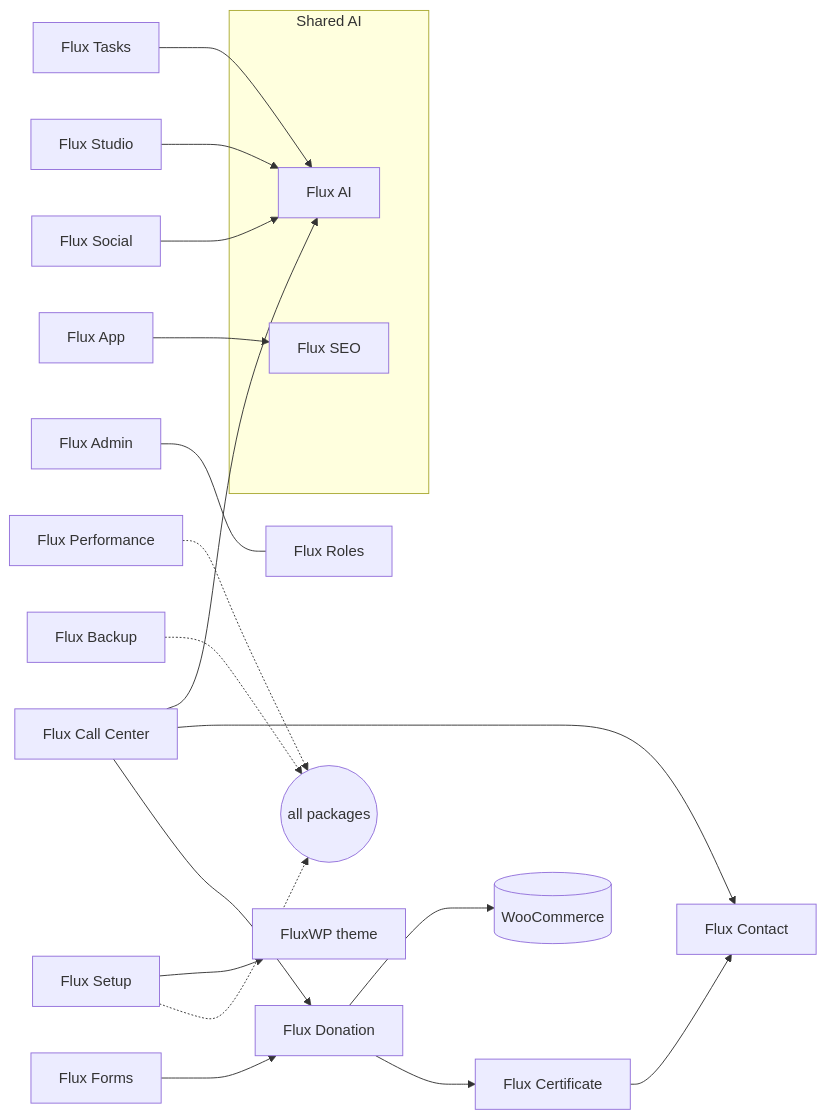
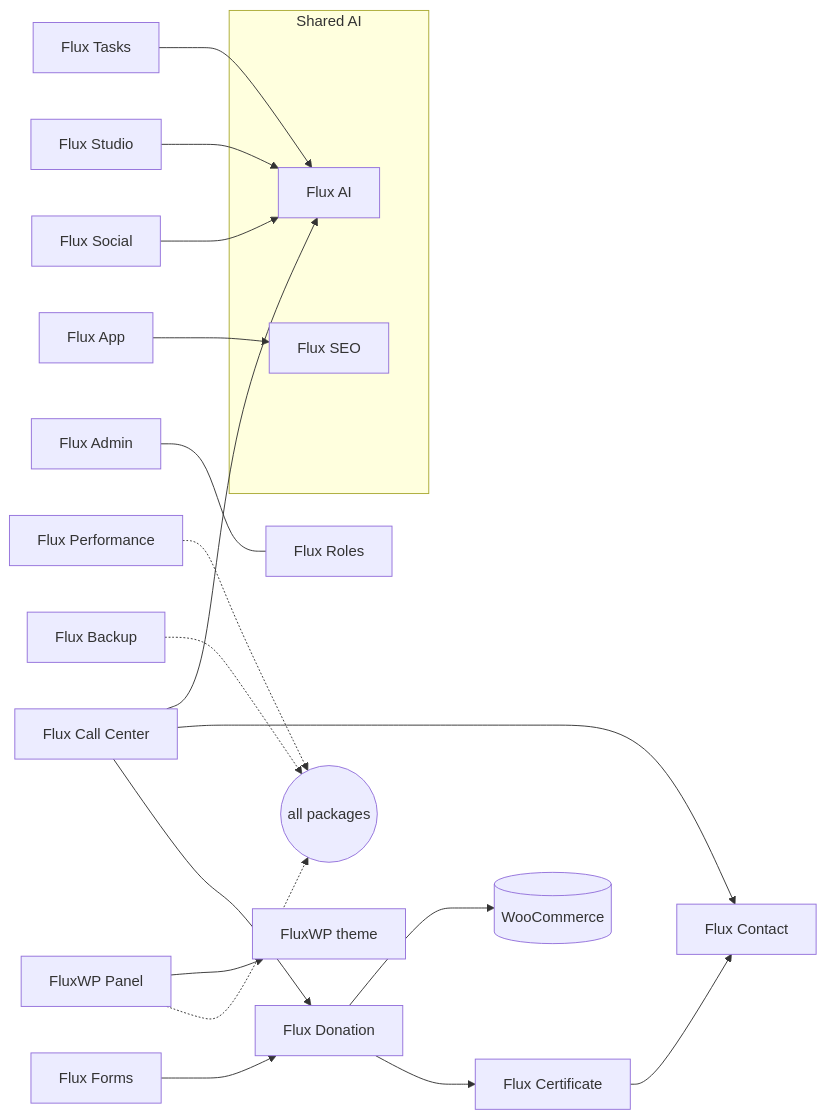
Before and after one commit to FluxWP/FluxWP: the diagram in README.md, drawn with Mermaid. The commit also changed other lines of this file and 57 other files, not shown here.

First line of the commit message:
flx-setup 1.0.6: rename display name to FluxWP Panel

````diff
--- a/README.md
+++ b/README.md
@@ -35,23 +35,23 @@
 ```mermaid
 flowchart LR
   subgraph Shared AI
     AI["Flux AI"]
     MCP["Flux SEO"]
   end
   BAG["Flux Donation"] --> CERT["Flux Certificate"]
   FORM["Flux Forms"] --> BAG
   BAG --> WOO[("WooCommerce")]
   CC["Flux Call Center"] --> BAG
   CC --> COM["Flux Contact"]
   CERT --> COM
   SOC["Flux Social"] --> AI
   STU["Flux Studio"] --> AI
   CC --> AI
   TASK["Flux Tasks"] --> AI
   ADM["Flux Admin"] --- ROL["Flux Roles"]
   APP["Flux App"] --> MCP
-  SET["Flux Setup"] -.-> ALL(("all packages"))
+  SET["FluxWP Panel"] -.-> ALL(("all packages"))
   BAK["Flux Backup"] -.-> ALL
   PERF["Flux Performance"] -.-> ALL
-  SET["Flux Setup"] --> THEME["FluxWP theme"]
+  SET["FluxWP Panel"] --> THEME["FluxWP theme"]
 ```
````
